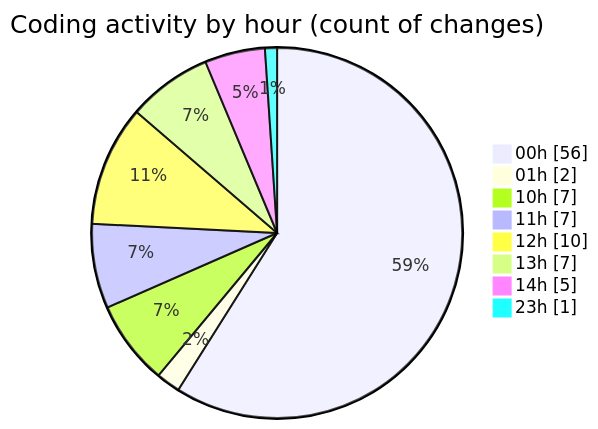
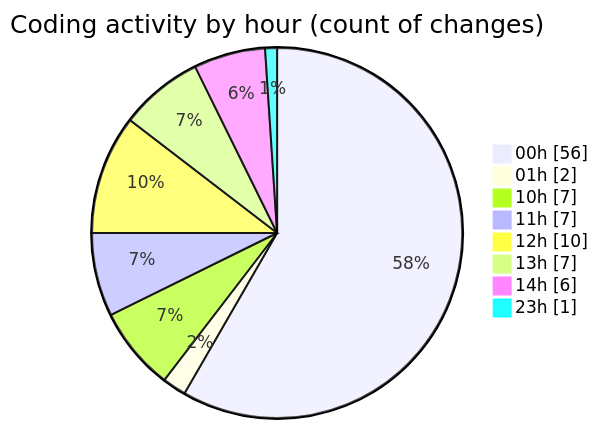
Before and after one commit to nxtqubesakshisongat/code-tracking: the second of 2 diagrams in 2026-03-15/nxtqube_webapp/README.md, drawn with Mermaid. The commit also changed other lines of this file and 1 other file, not shown here.

````diff
--- a/2026-03-15/nxtqube_webapp/README.md
+++ b/2026-03-15/nxtqube_webapp/README.md
@@ -34,12 +34,12 @@
 ```mermaid
 pie showData
 title Coding activity by hour (count of changes)
 "00h" : 56
 "01h" : 2
 "10h" : 7
 "11h" : 7
 "12h" : 10
 "13h" : 7
-"14h" : 5
+"14h" : 6
 "23h" : 1
 ```
````
